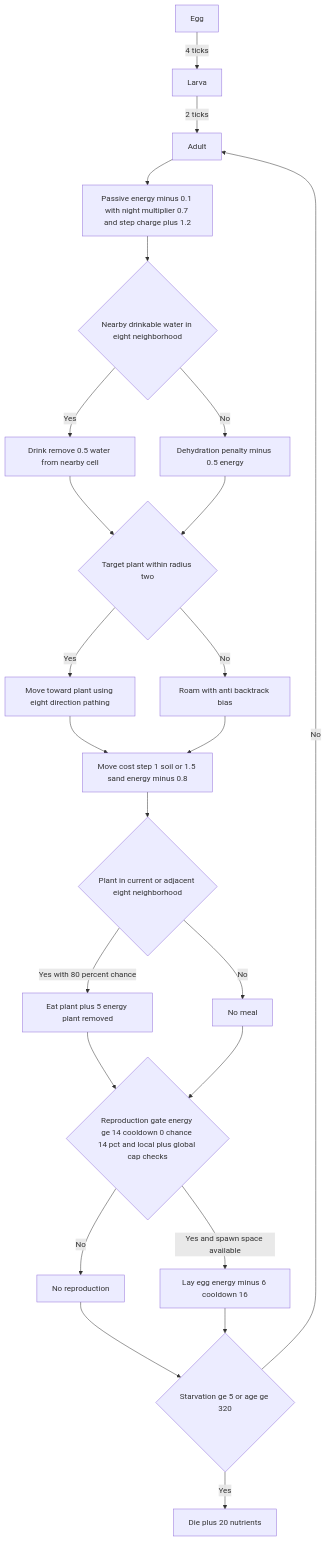
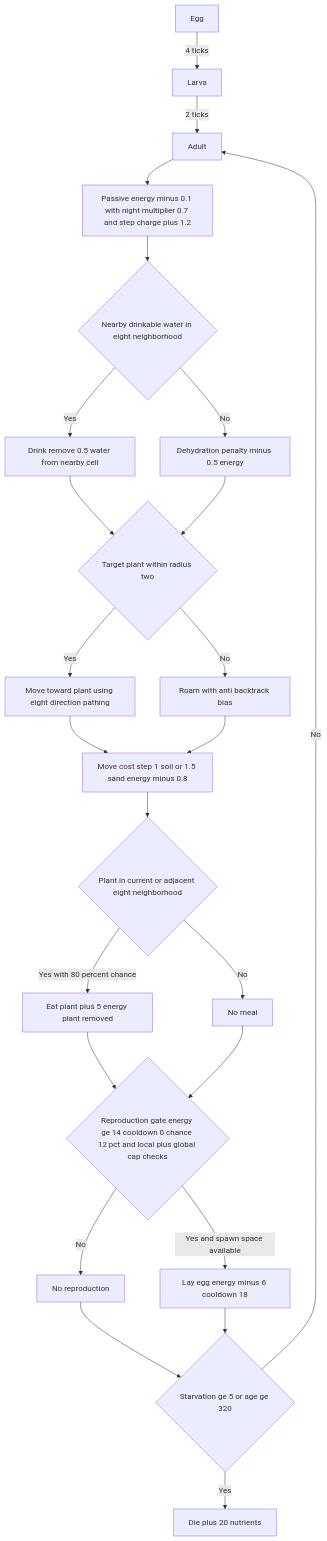
Before and after one commit to DenysVuika/terrarium: the diagram in sandbox/terrarium-herbivore-insects-lifecycle.md, drawn with Mermaid. The commit also changed 3 other files, not shown here.

````diff
--- a/sandbox/terrarium-herbivore-insects-lifecycle.md
+++ b/sandbox/terrarium-herbivore-insects-lifecycle.md
@@ -3,32 +3,32 @@
 ```mermaid
 flowchart TD
     H1[Egg] -->|4 ticks| H2[Larva]
     H2 -->|2 ticks| H3[Adult]
 
     H3 --> H4[Passive energy minus 0.1 with night multiplier 0.7 and step charge plus 1.2]
     H4 --> H5{Nearby drinkable water in eight neighborhood}
     H5 -->|Yes| H6[Drink remove 0.5 water from nearby cell]
     H5 -->|No| H7[Dehydration penalty minus 0.5 energy]
 
     H6 --> H8{Target plant within radius two}
     H7 --> H8
     H8 -->|Yes| H9[Move toward plant using eight direction pathing]
     H8 -->|No| H10[Roam with anti backtrack bias]
 
     H9 --> H11[Move cost step 1 soil or 1.5 sand energy minus 0.8]
     H10 --> H11
 
     H11 --> H12{Plant in current or adjacent eight neighborhood}
     H12 -->|Yes with 80 percent chance| H13[Eat plant plus 5 energy plant removed]
     H12 -->|No| H14[No meal]
 
-    H13 --> H15{Reproduction gate energy ge 14 cooldown 0 chance 14 pct and local plus global cap checks}
+    H13 --> H15{Reproduction gate energy ge 14 cooldown 0 chance 12 pct and local plus global cap checks}
     H14 --> H15
-    H15 -->|Yes and spawn space available| H16[Lay egg energy minus 6 cooldown 16]
+    H15 -->|Yes and spawn space available| H16[Lay egg energy minus 6 cooldown 18]
     H15 -->|No| H17[No reproduction]
 
     H17 --> H18{Starvation ge 5 or age ge 320}
     H16 --> H18
     H18 -->|Yes| H19[Die plus 20 nutrients]
     H18 -->|No| H3
 ```
````
